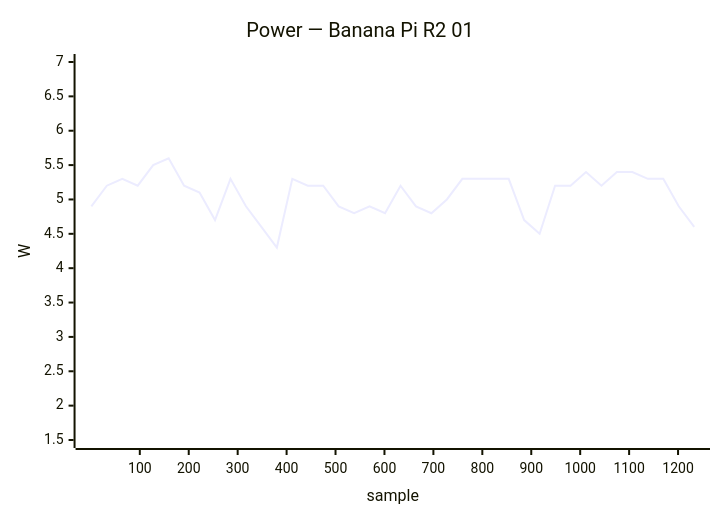
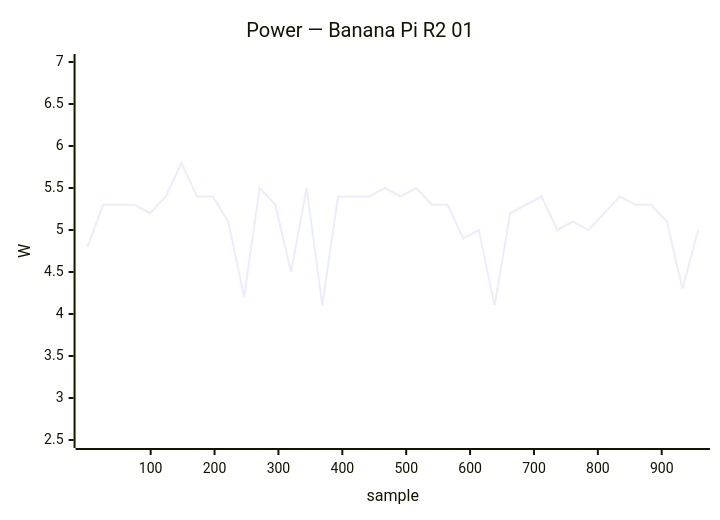
The eighth of 48 diagrams in docs/status/board-tests.md (armbian/documentation), drawn with Mermaid before and after one commit. The commit also changed other lines of this file, not shown here.

````diff
--- a/docs/status/board-tests.md
+++ b/docs/status/board-tests.md
@@ -316,7 +429,7 @@
 ```mermaid
 xychart-beta
     title "Power — Banana Pi R2 01"
-    x-axis "sample" 1 --> 1233
-    y-axis "W" 1.5 --> 7.0
-    line [4.9, 5.2, 5.3, 5.2, 5.5, 5.6, 5.2, 5.1, 4.7, 5.3, 4.9, 4.6, 4.3, 5.3, 5.2, 5.2, 4.9, 4.8, 4.9, 4.8, 5.2, 4.9, 4.8, 5.0, 5.3, 5.3, 5.3, 5.3, 4.7, 4.5, 5.2, 5.2, 5.4, 5.2, 5.4, 5.4, 5.3, 5.3, 4.9, 4.6]
+    x-axis "sample" 1 --> 957
+    y-axis "W" 2.5 --> 7.0
+    line [4.8, 5.3, 5.3, 5.3, 5.2, 5.4, 5.8, 5.4, 5.4, 5.1, 4.2, 5.5, 5.3, 4.5, 5.5, 4.1, 5.4, 5.4, 5.4, 5.5, 5.4, 5.5, 5.3, 5.3, 4.9, 5.0, 4.1, 5.2, 5.3, 5.4, 5.0, 5.1, 5.0, 5.2, 5.4, 5.3, 5.3, 5.1, 4.3, 5.0]
 ```
````
